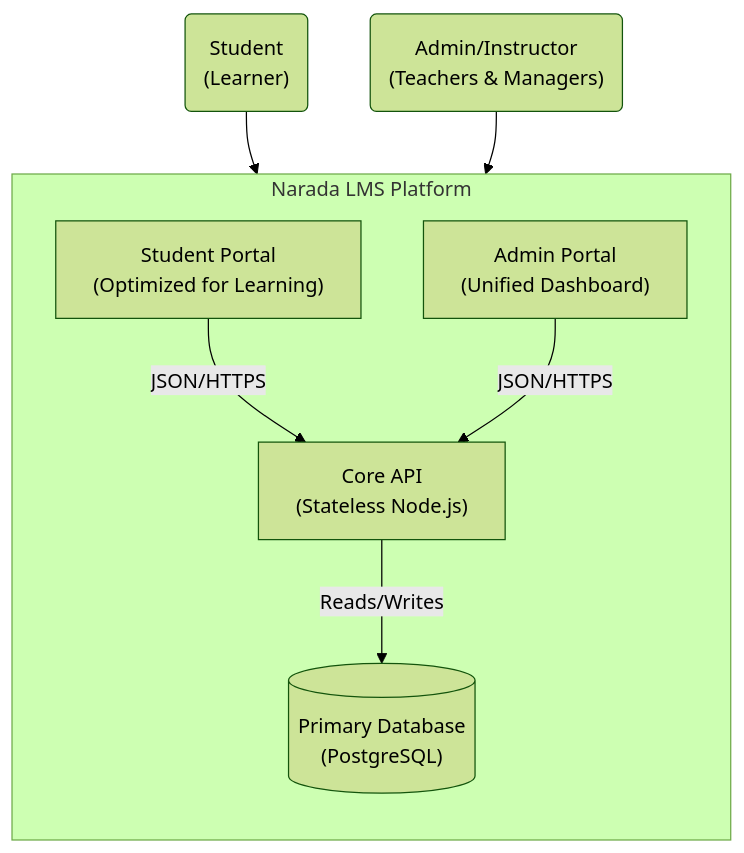
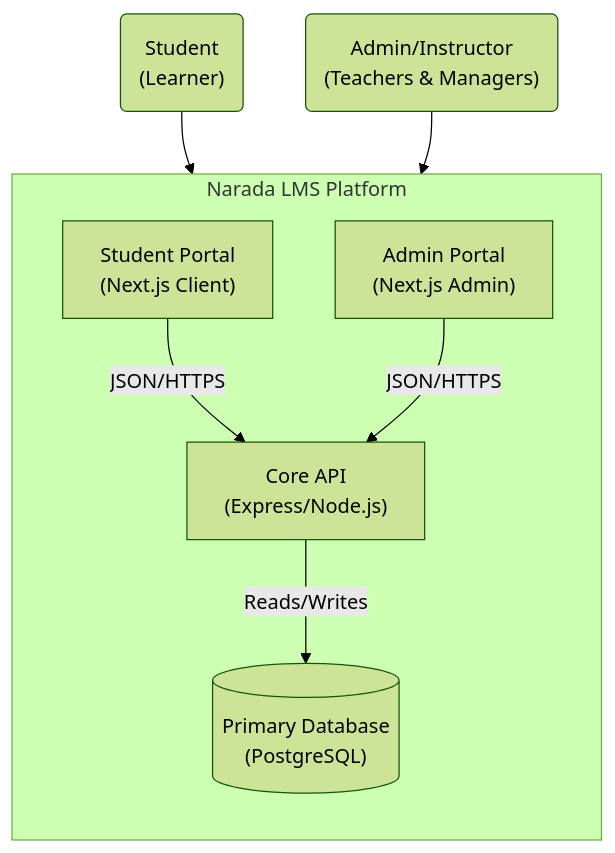
Before and after one commit to gurukrupavedic/NaradaLMS: the second of 2 diagrams in docs/architecture-replatforming-strategy.md, drawn with Mermaid (forest theme). The commit also changed other lines of this file, not shown here.

````diff
--- a/docs/architecture-replatforming-strategy.md
+++ b/docs/architecture-replatforming-strategy.md
@@ -54,23 +46,23 @@
 ```mermaid
 graph TB
     %% Nodes
     Student("Student<br/>(Learner)")
     Admin("Admin/Instructor<br/>(Teachers & Managers)")
 
     subgraph "Narada LMS Platform"
         direction TB
-        StudentApp["Student Portal<br/>(Optimized for Learning)"]
-        AdminApp["Admin Portal<br/>(Unified Dashboard)"]
-        API["Core API<br/>(Stateless Node.js)"]
+        StudentApp["Student Portal<br/>(Next.js Client)"]
+        AdminApp["Admin Portal<br/>(Next.js Admin)"]
+        API["Core API<br/>(Express/Node.js)"]
         DB[("Primary Database<br/>(PostgreSQL)")]
     end
 
     %% Relations
     Student --> StudentApp
     Admin --> AdminApp
     
     StudentApp -->|JSON/HTTPS| API
     AdminApp -->|JSON/HTTPS| API
     
     API -->|Reads/Writes| DB
 ```
````
